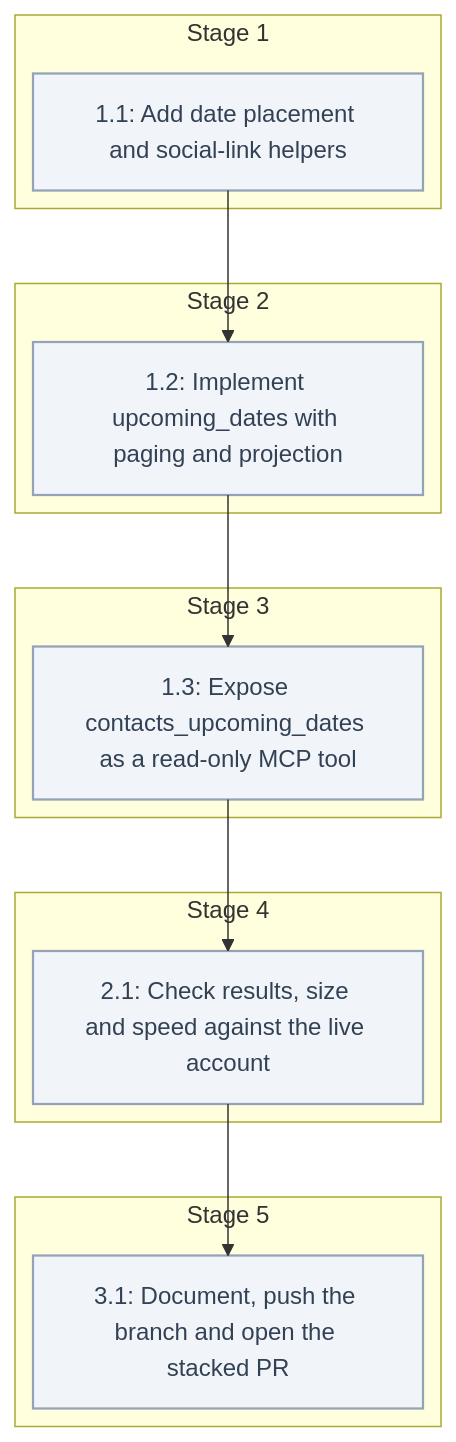
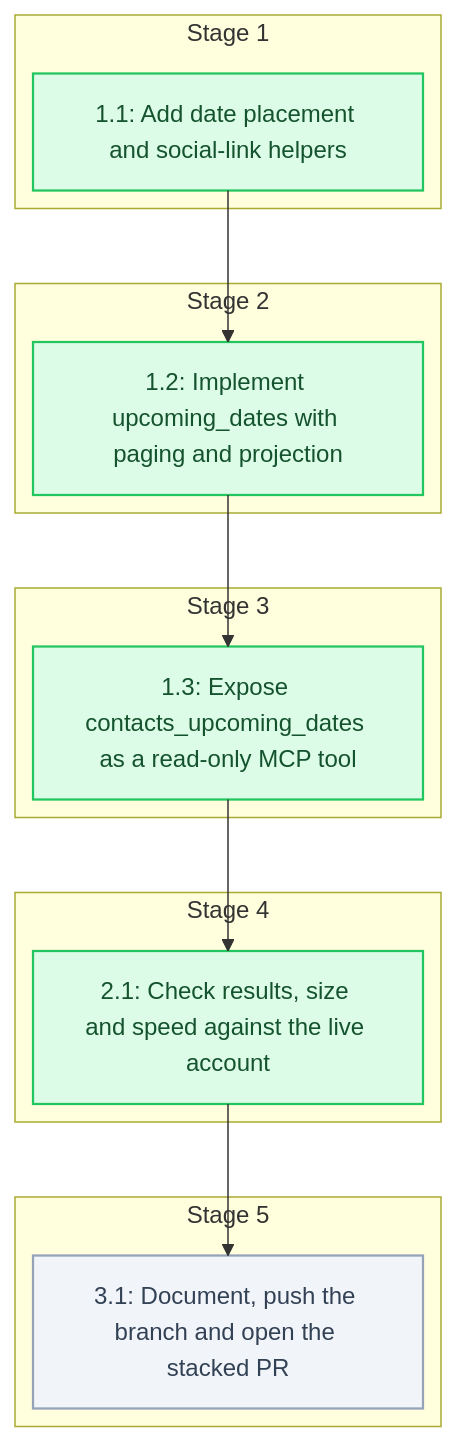
The diagram in .specs/contacts-upcoming-dates/04_tasks.md (sohampatwardhan/icloud-mcp), drawn with Mermaid before and after one commit. The commit also changed other lines of this file and 3 other files, not shown here.

````diff
--- a/.specs/contacts-upcoming-dates/04_tasks.md
+++ b/.specs/contacts-upcoming-dates/04_tasks.md
@@ -9,29 +9,30 @@
 ```mermaid
 %%{init: {'flowchart': {'defaultRenderer': 'elk'}}}%%
 flowchart TD
+  classDef done fill:#dcfce7,stroke:#22c55e,stroke-width:1.5px,color:#14532d
   classDef pending fill:#f1f5f9,stroke:#94a3b8,stroke-width:1.5px,color:#334155
   subgraph n_stage_1["Stage 1"]
     n_1_1@{ shape: rect, label: "1.1: Add date placement and social-link helpers" }
   end
   subgraph n_stage_2["Stage 2"]
     n_1_2@{ shape: rect, label: "1.2: Implement upcoming_dates with paging and projection" }
   end
   subgraph n_stage_3["Stage 3"]
     n_1_3@{ shape: rect, label: "1.3: Expose contacts_upcoming_dates as a read-only MCP tool" }
   end
   subgraph n_stage_4["Stage 4"]
     n_2_1@{ shape: rect, label: "2.1: Check results, size and speed against the live account" }
   end
   subgraph n_stage_5["Stage 5"]
     n_3_1@{ shape: rect, label: "3.1: Document, push the branch and open the stacked PR" }
   end
   n_1_1 --> n_1_2
   n_1_2 --> n_1_3
   n_1_3 --> n_2_1
   n_2_1 --> n_3_1
-  class n_1_1 pending
-  class n_1_2 pending
-  class n_1_3 pending
-  class n_2_1 pending
+  class n_1_1 done
+  class n_1_2 done
+  class n_1_3 done
+  class n_2_1 done
   class n_3_1 pending
 ```
````
